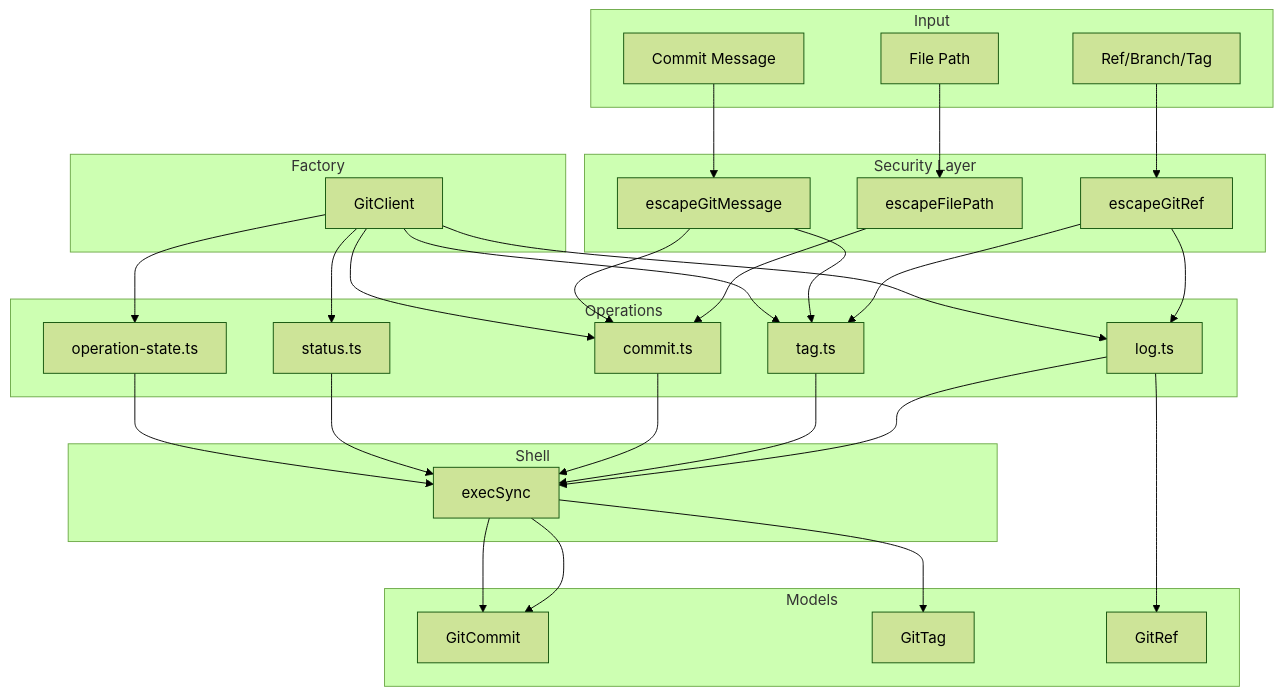
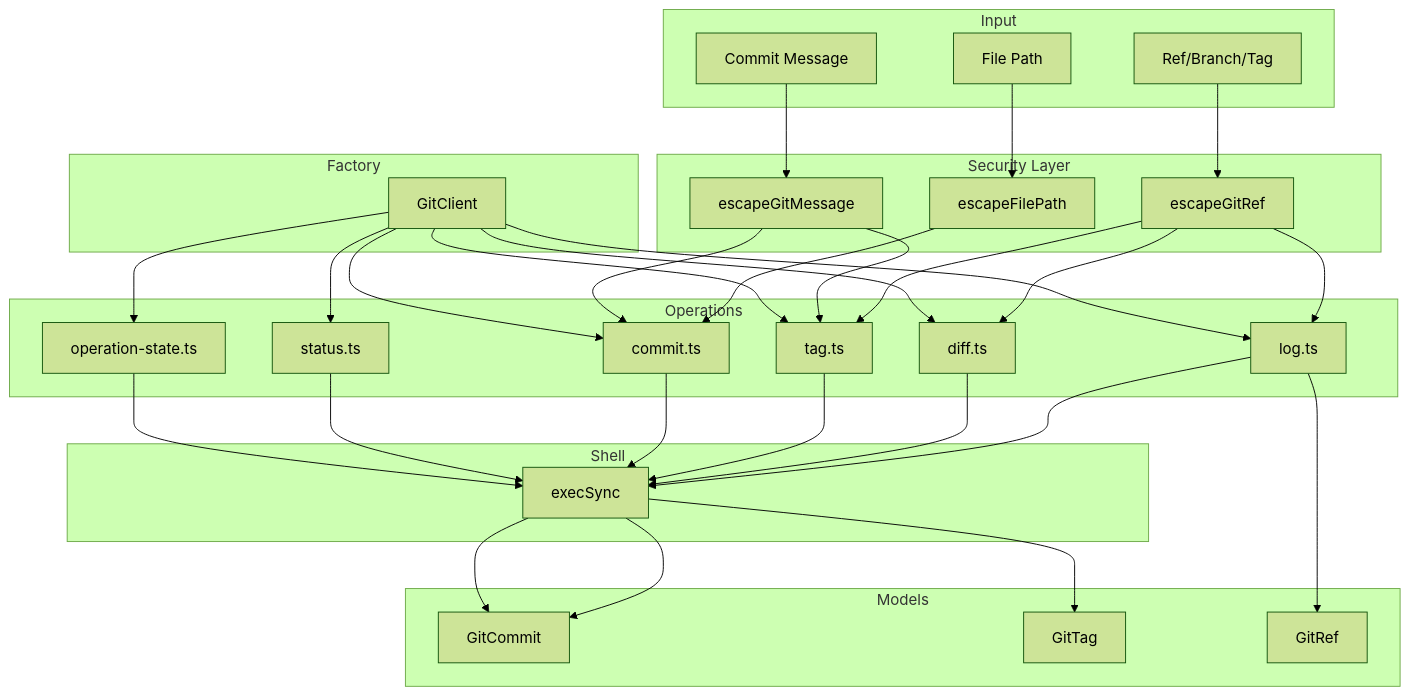
One commit to AndrewRedican/hyperfrontend changed the diagram in libs/versioning/src/git/README.md. Above: the diagram before and after it, drawn with Mermaid (forest theme). The commit also changed other lines of this file and 6 other files, not shown here.

````diff
--- a/libs/versioning/src/git/README.md
+++ b/libs/versioning/src/git/README.md
@@ -9,50 +9,52 @@
 ```mermaid
 flowchart TB
     subgraph Input
         REF[Ref/Branch/Tag]
         PATH[File Path]
         MSG[Commit Message]
     end
 
     subgraph Security["Security Layer"]
         ESC1[escapeGitRef]
         ESC2[escapeFilePath]
         ESC3[escapeGitMessage]
     end
 
     subgraph Factory
         CLIENT[GitClient]
     end
 
     subgraph Operations
         LOG[log.ts]
+        DIFF[diff.ts]
         TAG[tag.ts]
         CMT[commit.ts]
         STS[status.ts]
         OPS[operation-state.ts]
     end
 
     subgraph Models
         GC[GitCommit]
         GT[GitTag]
         GR[GitRef]
     end
 
     subgraph Shell
         EXEC[execSync]
     end
 
     REF --> ESC1
     PATH --> ESC2
     MSG --> ESC3
-    ESC1 --> LOG & TAG
+    ESC1 --> LOG & TAG & DIFF
     ESC2 --> CMT
     ESC3 --> CMT & TAG
     LOG --> EXEC --> GC
+    DIFF --> EXEC
     TAG --> EXEC --> GT
     CMT --> EXEC --> GC
     STS --> EXEC
     OPS --> EXEC
-    CLIENT --> LOG & TAG & CMT & STS & OPS
+    CLIENT --> LOG & TAG & CMT & STS & OPS & DIFF
     LOG --> GR
 ```
````
